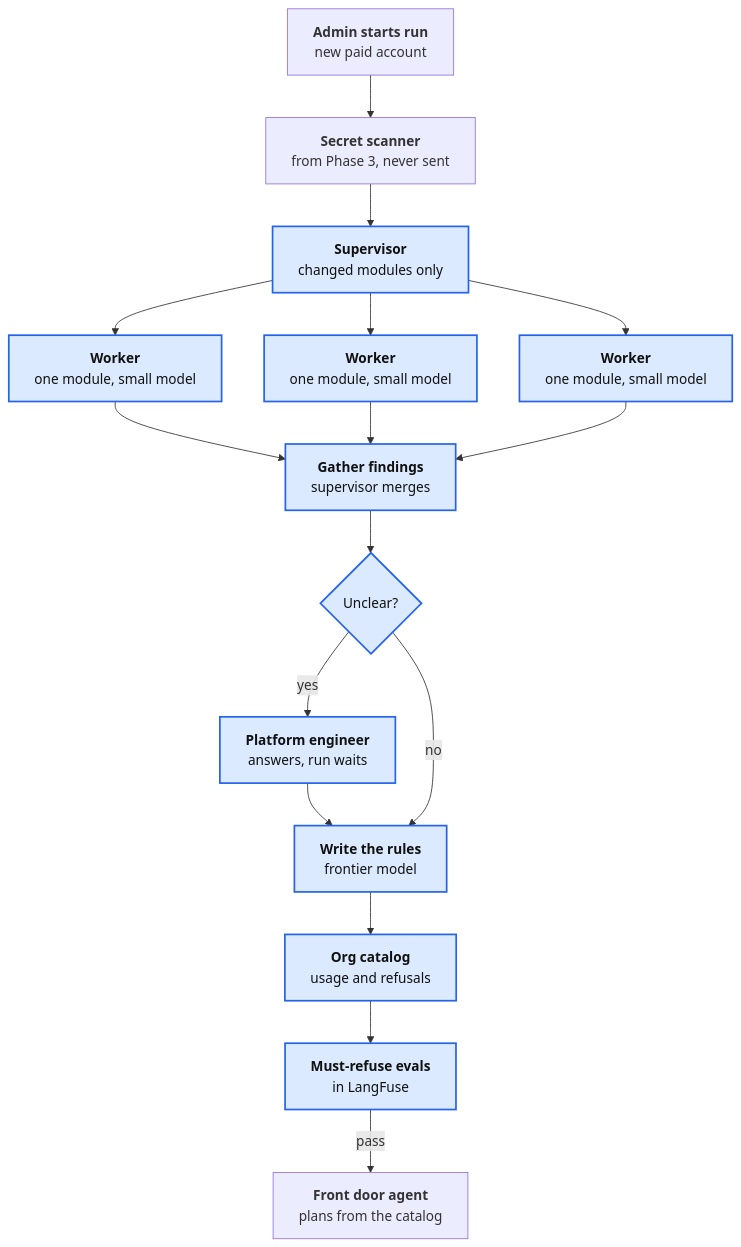
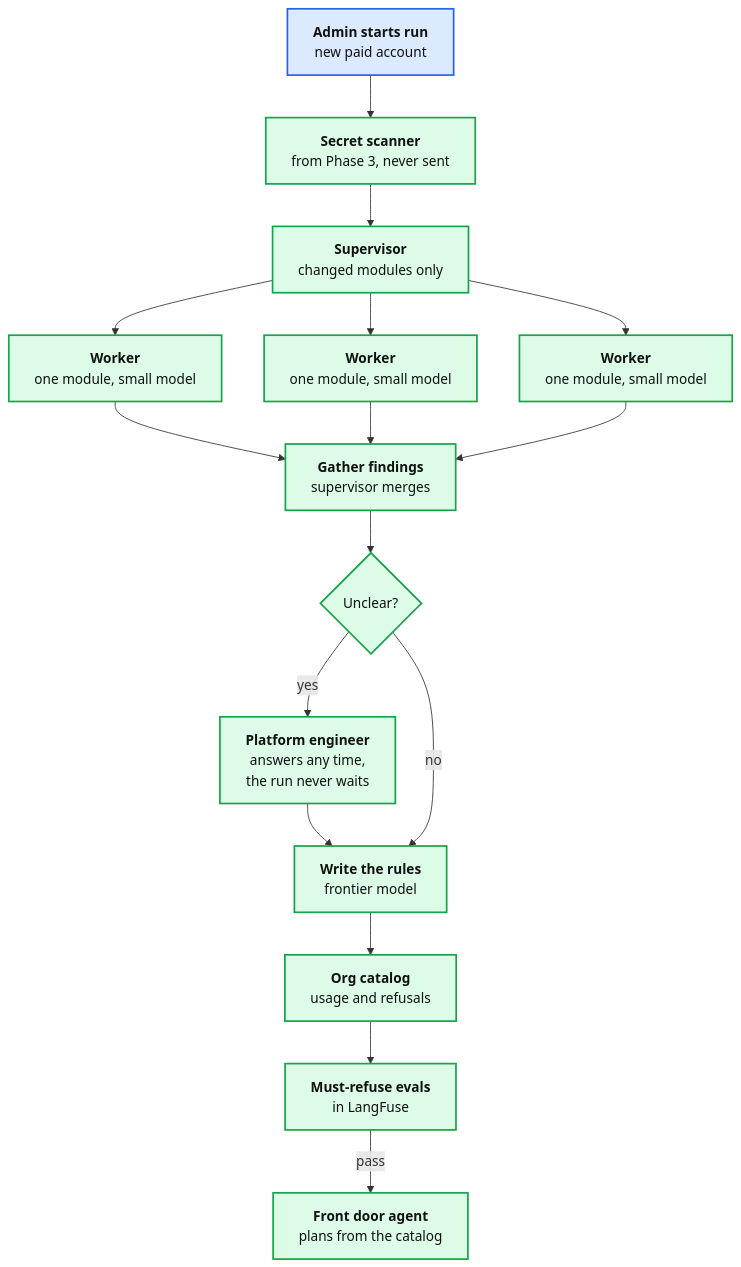
Before and after one commit to GregKliewer/sealeye: the sixth of 12 diagrams in docs/BUILD-OUT.md, drawn with Mermaid. The commit also changed other lines of this file and 4 other files, not shown here.

````diff
--- a/docs/BUILD-OUT.md
+++ b/docs/BUILD-OUT.md
@@ -198,20 +202,22 @@
 ```mermaid
 flowchart TB
   start["<b>Admin starts run</b><br/>new paid account"] --> scan["<b>Secret scanner</b><br/>from Phase 3, never sent"]
   scan --> sup["<b>Supervisor</b><br/>changed modules only"]
   sup --> w1["<b>Worker</b><br/>one module, small model"]
   sup --> w2["<b>Worker</b><br/>one module, small model"]
   sup --> w3["<b>Worker</b><br/>one module, small model"]
   w1 --> gather["<b>Gather findings</b><br/>supervisor merges"]
   w2 --> gather
   w3 --> gather
   gather --> unclear{"Unclear?"}
-  unclear -- yes --> person["<b>Platform engineer</b><br/>answers, run waits"]
+  unclear -- yes --> person["<b>Platform engineer</b><br/>answers any time,<br/>the run never waits"]
   person --> synth
   unclear -- no --> synth["<b>Write the rules</b><br/>frontier model"]
   synth --> catalog["<b>Org catalog</b><br/>usage and refusals"]
   catalog --> evals["<b>Must-refuse evals</b><br/>in LangFuse"]
   evals -- pass --> use["<b>Front door agent</b><br/>plans from the catalog"]
   classDef new fill:#dbeafe,stroke:#2563eb,stroke-width:2px,color:#111
-  class sup,w1,w2,w3,gather,unclear,person,synth,catalog,evals new
+  classDef built fill:#dcfce7,stroke:#16a34a,stroke-width:2px,color:#111
+  class start new
+  class scan,sup,w1,w2,w3,gather,unclear,person,synth,catalog,evals,use built
 ```
````
